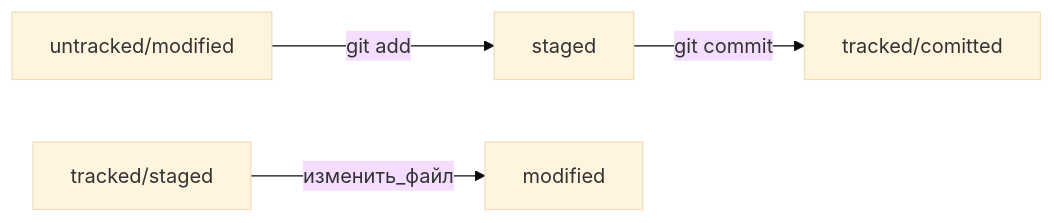
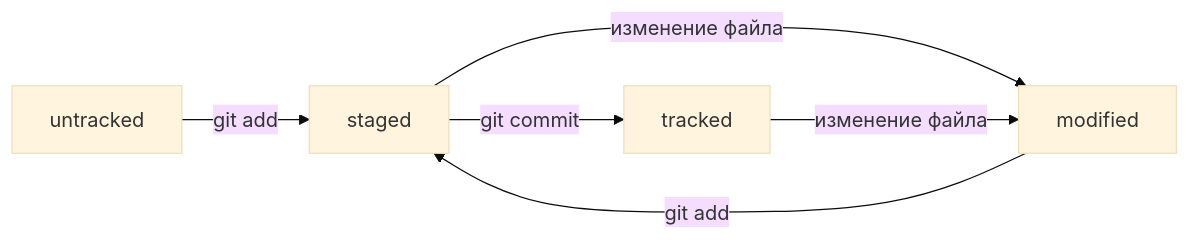
Before and after one commit to fedyanewlife/share-project-with-world: the diagram in README.md, drawn with Mermaid (base theme).

Commit message:
Улучшение mermaid-схемы в разделе "Статусы файлов"

````diff
--- a/README.md
+++ b/README.md
@@ -59,6 +59,8 @@
 ```mermaid
 graph LR;
-  untracked/modified -- "git add" --> staged;
-  staged    -- "git commit"     --> tracked/comitted;
-  tracked/staged    -- "изменить_файл"     --> modified
+  untracked -- "git add" --> staged;
+  staged    -- "git commit"     --> tracked;
+  staged    -- "изменение файла"     --> modified;
+  tracked    -- "изменение файла"     --> modified;
+  modified    -- "git add" --> staged;
 ```
````
